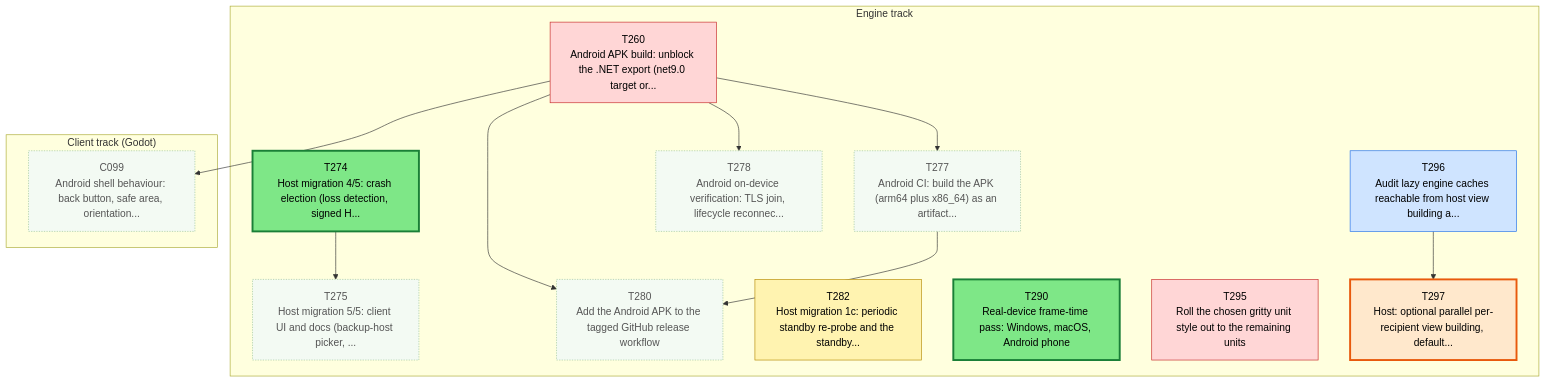
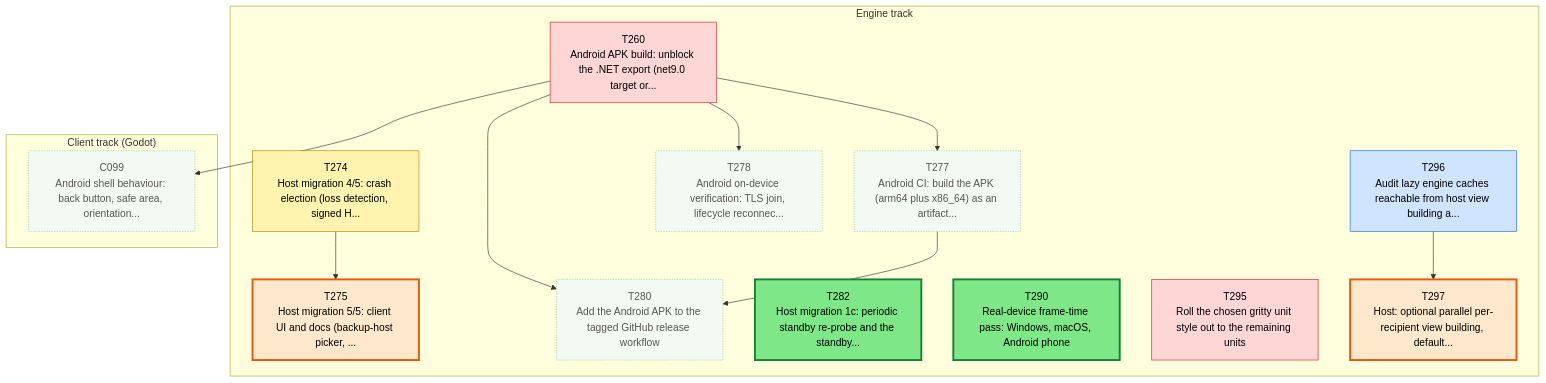
One commit to Kenmura/Unciv changed the first of 3 diagrams in csharp/migration/DEPENDENCY_MAP.md. Above: the diagram before and after it, drawn with Mermaid. The commit also changed other lines of this file and 1 other file, not shown here.

Commit message:
migration: claim T274 [Claude-T274] 2026-10-30T02:03Z

````diff
--- a/csharp/migration/DEPENDENCY_MAP.md
+++ b/csharp/migration/DEPENDENCY_MAP.md
@@ -35,45 +35,45 @@
 ```mermaid
 flowchart TD
   subgraph TTRACK["Engine track"]
     T260["T260<br/>Android APK build: unblock the .NET export (net9.0 target or..."]
     T274["T274<br/>Host migration 4/5: crash election (loss detection, signed H..."]
     T275["T275<br/>Host migration 5/5: client UI and docs (backup-host picker, ..."]
     T277["T277<br/>Android CI: build the APK (arm64 plus x86_64) as an artifact..."]
     T278["T278<br/>Android on-device verification: TLS join, lifecycle reconnec..."]
     T280["T280<br/>Add the Android APK to the tagged GitHub release workflow"]
     T282["T282<br/>Host migration 1c: periodic standby re-probe and the standby..."]
     T290["T290<br/>Real-device frame-time pass: Windows, macOS, Android phone"]
     T295["T295<br/>Roll the chosen gritty unit style out to the remaining units"]
     T296["T296<br/>Audit lazy engine caches reachable from host view building a..."]
     T297["T297<br/>Host: optional parallel per-recipient view building, default..."]
   end
   subgraph CTRACK["Client track (Godot)"]
     C099["C099<br/>Android shell behaviour: back button, safe area, orientation..."]
   end
   T274 --> T275
   T260 --> T277
   T260 --> T278
   T260 --> T280
   T277 --> T280
   T296 --> T297
   T260 --> C099
   classDef waiting fill:#f3faf3,stroke:#9bc49b,color:#555,stroke-dasharray:2 2
   classDef ondeck fill:#ffe8cc,stroke:#e8590c,stroke-width:3px,color:#000
   classDef ready fill:#7ee787,stroke:#1a7f37,stroke-width:3px,color:#000
   classDef prog fill:#fff3b0,stroke:#b58900,color:#000
   classDef review fill:#cfe4ff,stroke:#1f6feb,color:#000
   classDef blocked fill:#ffd6d6,stroke:#c62828,color:#000
   classDef done fill:#eeeeee,stroke:#999999,color:#666,stroke-dasharray:4 3
   class C099 waiting
   class T260 blocked
-  class T274 ready
-  class T275 waiting
+  class T274 prog
+  class T275 ondeck
   class T277 waiting
   class T278 waiting
   class T280 waiting
-  class T282 prog
+  class T282 ready
   class T290 ready
   class T295 blocked
   class T296 review
   class T297 ondeck
 ```
````
